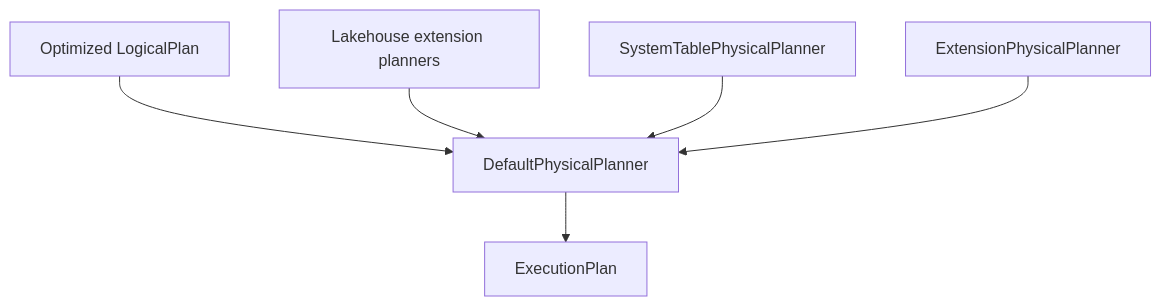
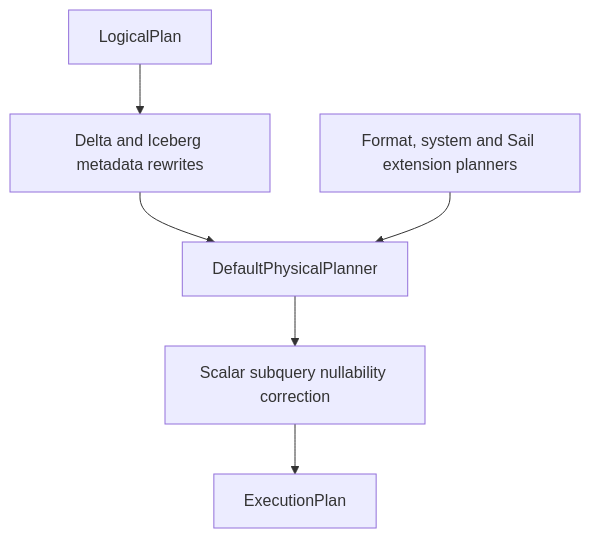
One commit to firstpair/sail-rust-book changed the third of 5 diagrams in sail-rust-book/sources/06-apache-datafusion.md. Above: the diagram before and after it, drawn with Mermaid. The commit also changed other lines of this file and 27 other files, not shown here.

Commit message:
Update Sail book draft for current APIs and extension implementation

````diff
--- a/sail-rust-book/sources/06-apache-datafusion.md
+++ b/sail-rust-book/sources/06-apache-datafusion.md
@@ -309,15 +307,8 @@
 ```mermaid
 flowchart TB
-    Logical["Optimized LogicalPlan"]
-    Default["DefaultPhysicalPlanner"]
-    Lakehouse["Lakehouse extension planners"]
-    System["SystemTablePhysicalPlanner"]
-    Sail["ExtensionPhysicalPlanner"]
-    Physical["ExecutionPlan"]
-
-    Logical --> Default
-    Lakehouse --> Default
-    System --> Default
-    Sail --> Default
-    Default --> Physical
+    Logical["LogicalPlan"] --> Rewrite["Delta and Iceberg metadata rewrites"]
+    Rewrite --> Default["DefaultPhysicalPlanner"]
+    Extensions["Format, system and Sail extension planners"] --> Default
+    Default --> Fix["Scalar subquery nullability correction"]
+    Fix --> Physical["ExecutionPlan"]
 ```
````
